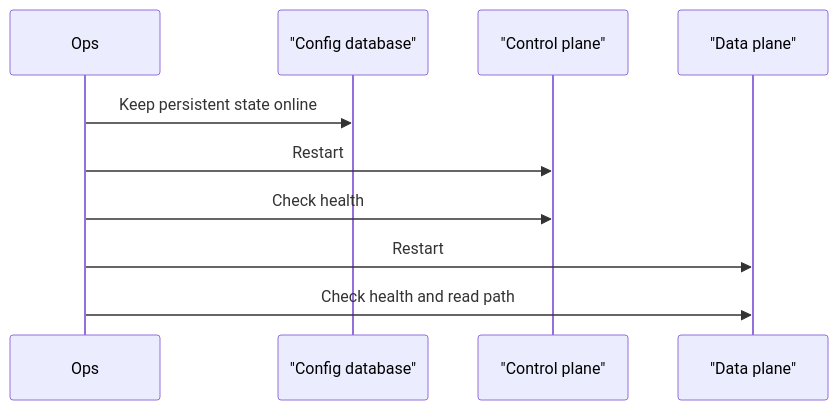
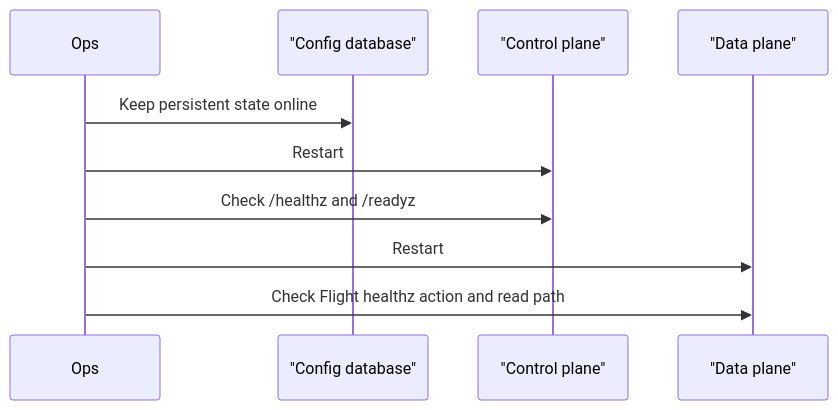
One commit to snithish/dal-obscura changed the second of 2 diagrams in docs/operators-runbook.md. Above: the diagram before and after it, drawn with Mermaid. The commit also changed other lines of this file and 5 other files, not shown here.

````diff
--- a/docs/operators-runbook.md
+++ b/docs/operators-runbook.md
@@ -38,13 +38,13 @@
 ```mermaid
 sequenceDiagram
     participant Ops
     participant DB as "Config database"
     participant CP as "Control plane"
     participant DP as "Data plane"
 
     Ops->>DB: Keep persistent state online
     Ops->>CP: Restart
-    Ops->>CP: Check health
+    Ops->>CP: Check /healthz and /readyz
     Ops->>DP: Restart
-    Ops->>DP: Check health and read path
+    Ops->>DP: Check Flight healthz action and read path
 ```
````
